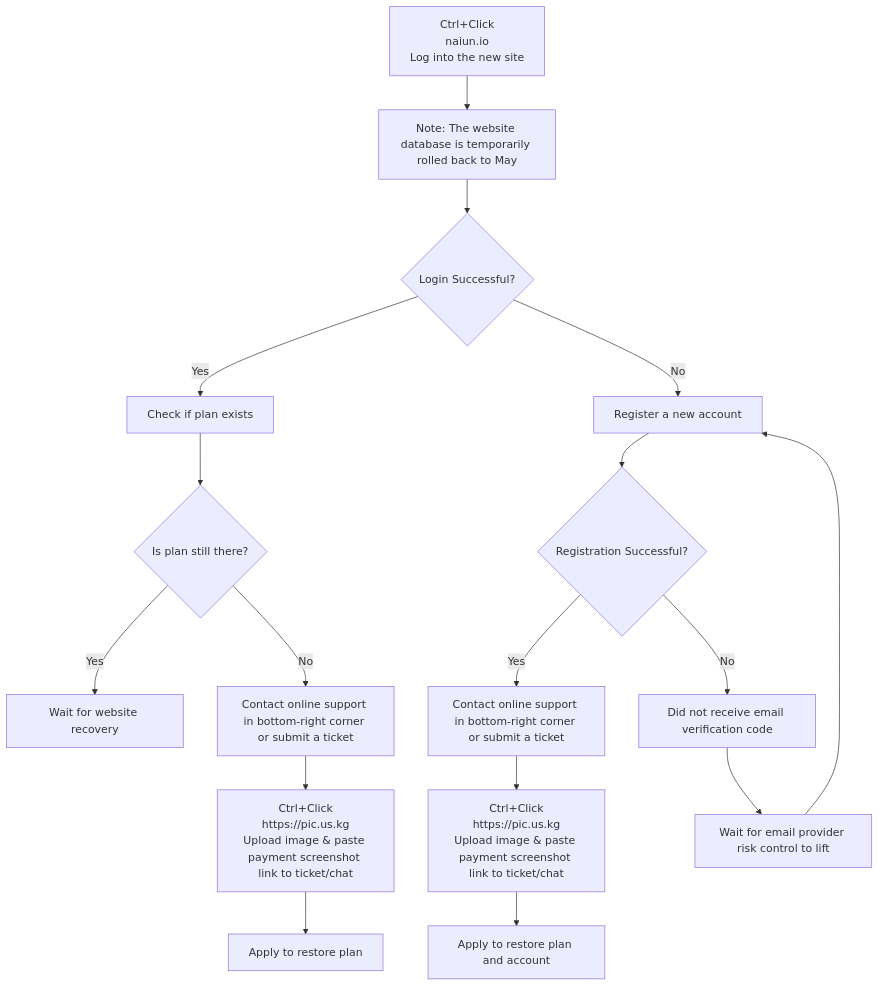
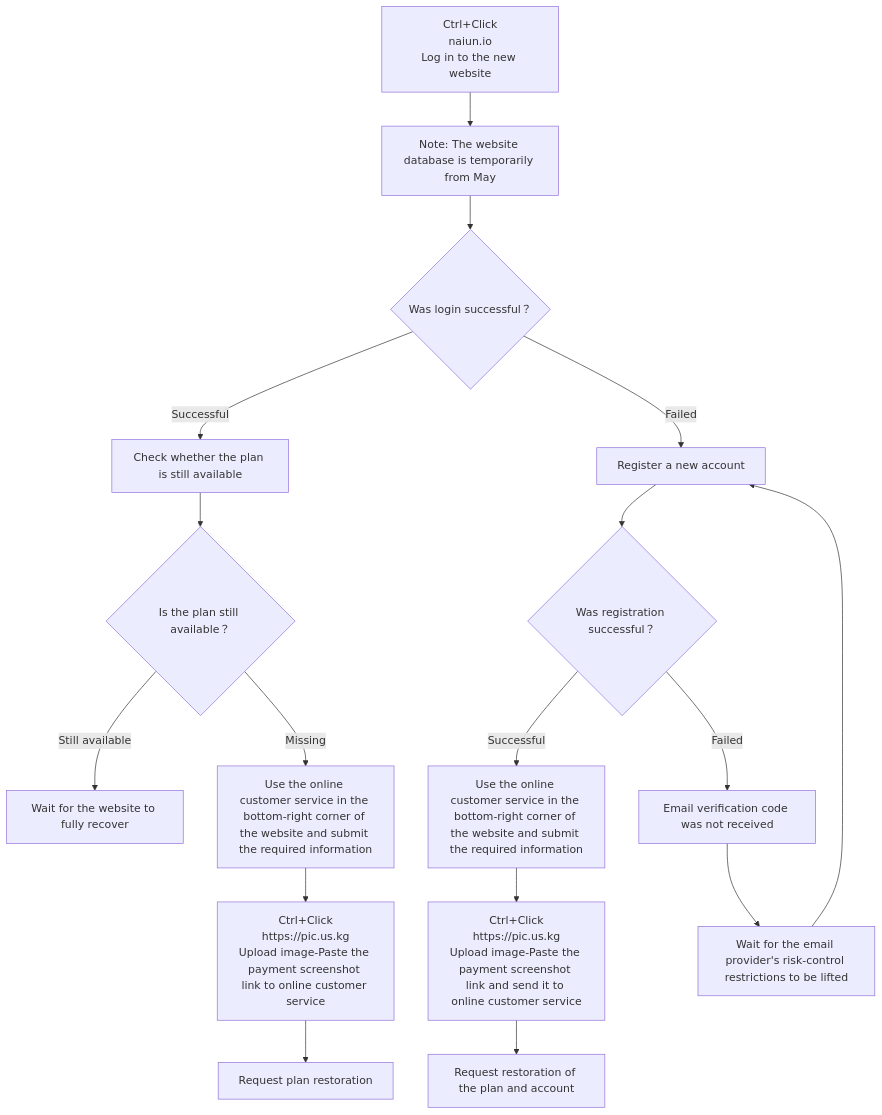
One commit to jdnei/naiyun changed the diagram in README_EN.md. Above: the diagram before and after it, drawn with Mermaid. The commit also changed other lines of this file, not shown here.

````diff
--- a/README_EN.md
+++ b/README_EN.md
@@ -178,30 +216,29 @@
 ```mermaid
 flowchart TD
-    A["Ctrl+Click<br/>naiun.io<br/>Log into the new site"]
-    A --> C[Note: The website database is temporarily rolled back to May]
-    C --> D{Login Successful?}
+    A["Ctrl+Click<br/>naiun.io<br/>Log in to the new website"]
+    A --> C[Note: The website database is temporarily from May]
+    C --> D{Was login successful？}
 
-    D -->|Yes| E[Check if plan exists]
-    E --> F{Is plan still there?}
+    D -->|Successful| E[Check whether the plan is still available]
+    E --> F{Is the plan still available？}
 
-    F -->|Yes| G[Wait for website recovery]
-    F -->|No| H[Contact online support in bottom-right corner or submit a ticket]
-    H --> I["Ctrl+Click<br/>https://pic.us.kg<br/>Upload image & paste payment screenshot link to ticket/chat"]
-    I --> J[Apply to restore plan]
+    F -->|Still available| G[Wait for the website to fully recover]
+    F -->|Missing| H[Use the online customer service in the bottom-right corner of the website and submit the required information]
+    H --> I["Ctrl+Click<br/>https://pic.us.kg<br/>Upload image-Paste the payment screenshot link to online customer service"]
+    I --> J[Request plan restoration]
 
-    D -->|No| K[Register a new account]
-    K --> L{Registration Successful?}
+    D -->|Failed| K[Register a new account]
+    K --> L{Was registration successful？}
 
-    L -->|Yes| M[Contact online support in bottom-right corner or submit a ticket]
-    M --> N["Ctrl+Click<br/>https://pic.us.kg<br/>Upload image & paste payment screenshot link to ticket/chat"]
-    N --> O[Apply to restore plan and account]
+    L -->|Successful| M[Use the online customer service in the bottom-right corner of the website and submit the required information]
+    M --> N["Ctrl+Click<br/>https://pic.us.kg<br/>Upload image-Paste the payment screenshot link and send it to online customer service"]
+    N --> O[Request restoration of the plan and account]
 
-    L -->|No| P[Did not receive email verification code]
-    P --> Q[Wait for email provider risk control to lift]
+    L -->|Failed| P[Email verification code was not received]
+    P --> Q[Wait for the email provider's risk-control restrictions to be lifted]
     Q --> K
 
     click A "https://naiun.io/#/register?code=KacwlzHN" "Open naiun.io" _blank
     click I "https://pic.us.kg" "Open pic.us.kg" _blank
     click N "https://pic.us.kg" "Open pic.us.kg" _blank
-
 ```
````
